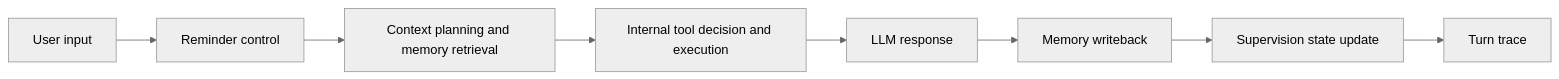
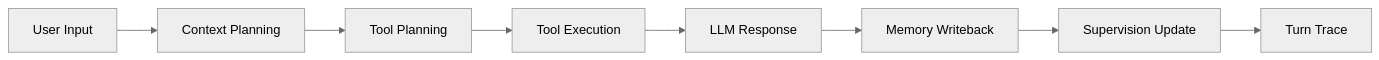
Before and after one commit to fcsfang/workmate-agent: the diagram in readme.md, drawn with Mermaid (neutral theme). The commit also changed other lines of this file and 1 other file, not shown here.

````diff
--- a/readme.md
+++ b/readme.md
@@ -127,10 +15,10 @@
 ```mermaid
 flowchart LR
-    A["User input"] --> B["Reminder control"]
-    B --> C["Context planning and memory retrieval"]
-    C --> D["Internal tool decision and execution"]
-    D --> E["LLM response"]
-    E --> F["Memory writeback"]
-    F --> G["Supervision state update"]
-    G --> H["Turn trace"]
+    U["User Input"] --> C["Context Planning"]
+    C --> T["Tool Planning"]
+    T --> E["Tool Execution"]
+    E --> L["LLM Response"]
+    L --> M["Memory Writeback"]
+    M --> S["Supervision Update"]
+    S --> O["Turn Trace"]
 ```
````
